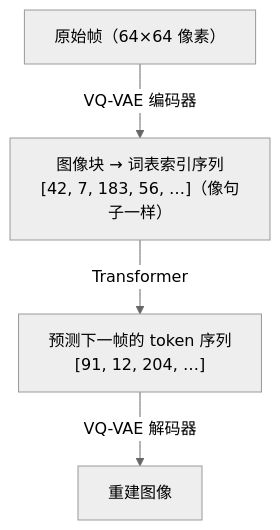
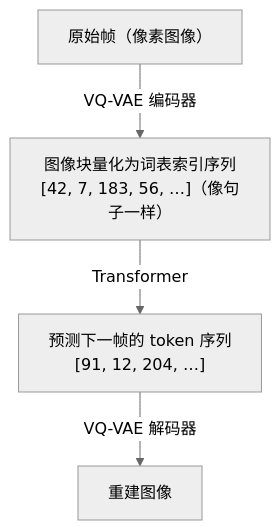
One commit to zhimin-z/learn-world-model changed the first of 3 diagrams in docs/zh/lectures/lecture-03-architecture-patterns/01-architectures.md. Above: the diagram before and after it, drawn with Mermaid (neutral theme). The commit also changed other lines of this file and 6 other files, not shown here.

````diff
--- a/docs/zh/lectures/lecture-03-architecture-patterns/01-architectures.md
+++ b/docs/zh/lectures/lecture-03-architecture-patterns/01-architectures.md
@@ -81,6 +81,6 @@
 ```mermaid
 flowchart TD
-    A["原始帧（64×64 像素）"] -->|"VQ-VAE 编码器"| B["图像块 → 词表索引序列\n[42, 7, 183, 56, …]（像句子一样）"]
+    A["原始帧（像素图像）"] -->|"VQ-VAE 编码器"| B["图像块量化为词表索引序列\n[42, 7, 183, 56, …]（像句子一样）"]
     B -->|"Transformer"| C["预测下一帧的 token 序列\n[91, 12, 204, …]"]
     C -->|"VQ-VAE 解码器"| D["重建图像"]
 ```
````
